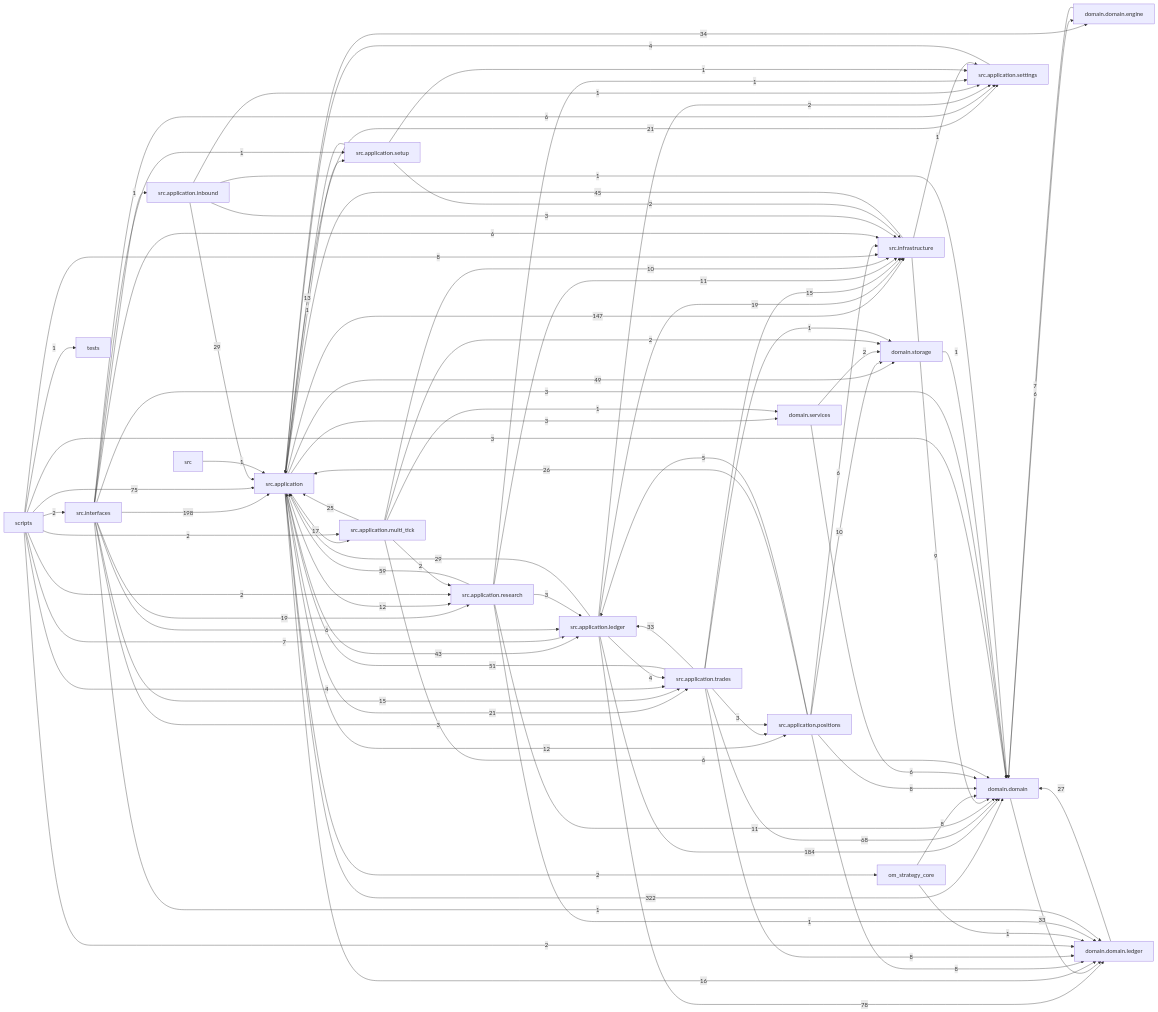
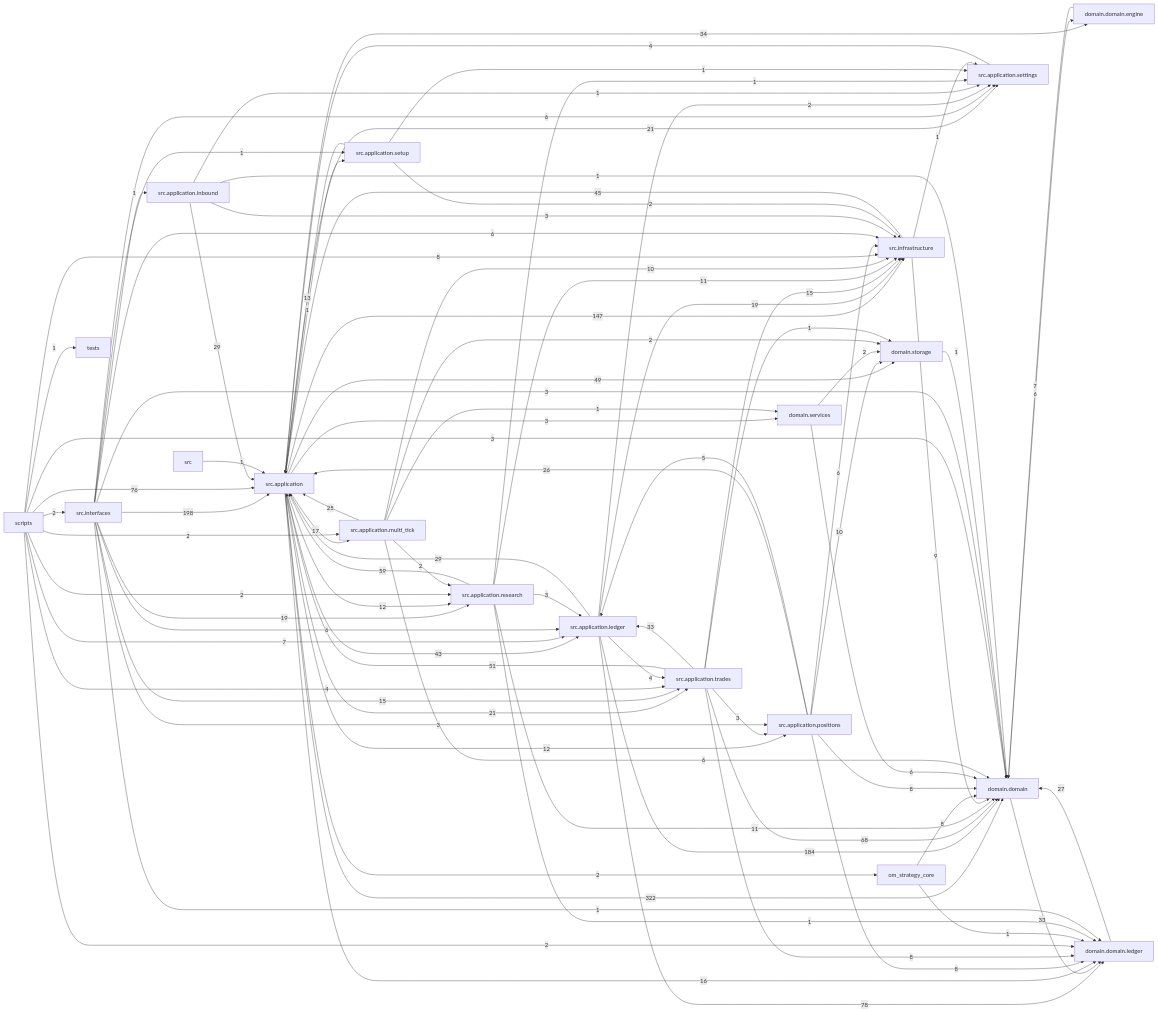
The diagram in docs/dependency_graph.mmd (liuxie066/options-monitor), drawn with Mermaid before and after one commit. The commit also changed 31 other files, not shown here.

```diff
--- a/docs/dependency_graph.mmd
+++ b/docs/dependency_graph.mmd
@@ -1,88 +1,88 @@
 flowchart LR
   src_application["src.application"] -->|322| domain_domain["domain.domain"]
   src_interfaces["src.interfaces"] -->|198| src_application["src.application"]
   src_application_ledger["src.application.ledger"] -->|184| domain_domain["domain.domain"]
   src_application["src.application"] -->|147| src_infrastructure["src.infrastructure"]
   src_application_ledger["src.application.ledger"] -->|78| domain_domain_ledger["domain.domain.ledger"]
-  scripts["scripts"] -->|75| src_application["src.application"]
+  scripts["scripts"] -->|76| src_application["src.application"]
   src_application_trades["src.application.trades"] -->|68| domain_domain["domain.domain"]
   src_application_research["src.application.research"] -->|59| src_application["src.application"]
   src_application_trades["src.application.trades"] -->|51| src_application["src.application"]
   src_application["src.application"] -->|49| domain_storage["domain.storage"]
   src_infrastructure["src.infrastructure"] -->|45| src_application["src.application"]
   src_application["src.application"] -->|43| src_application_ledger["src.application.ledger"]
   src_application["src.application"] -->|34| domain_domain_engine["domain.domain.engine"]
   domain_domain["domain.domain"] -->|33| domain_domain_ledger["domain.domain.ledger"]
   src_application_trades["src.application.trades"] -->|33| src_application_ledger["src.application.ledger"]
   src_application_inbound["src.application.inbound"] -->|29| src_application["src.application"]
   src_application_ledger["src.application.ledger"] -->|29| src_application["src.application"]
   domain_domain_ledger["domain.domain.ledger"] -->|27| domain_domain["domain.domain"]
   src_application_positions["src.application.positions"] -->|26| src_application["src.application"]
   src_application_multi_tick["src.application.multi_tick"] -->|25| src_application["src.application"]
   src_application["src.application"] -->|21| src_application_settings["src.application.settings"]
   src_application["src.application"] -->|21| src_application_trades["src.application.trades"]
   src_application_ledger["src.application.ledger"] -->|19| src_infrastructure["src.infrastructure"]
   src_interfaces["src.interfaces"] -->|19| src_application_research["src.application.research"]
   src_application["src.application"] -->|17| src_application_multi_tick["src.application.multi_tick"]
   src_application["src.application"] -->|16| domain_domain_ledger["domain.domain.ledger"]
   src_application_trades["src.application.trades"] -->|15| src_infrastructure["src.infrastructure"]
   src_interfaces["src.interfaces"] -->|15| src_application_trades["src.application.trades"]
   src_application_setup["src.application.setup"] -->|13| src_application["src.application"]
   src_application["src.application"] -->|12| src_application_positions["src.application.positions"]
   src_application["src.application"] -->|12| src_application_research["src.application.research"]
   src_application_research["src.application.research"] -->|11| domain_domain["domain.domain"]
   src_application_research["src.application.research"] -->|11| src_infrastructure["src.infrastructure"]
   src_application_multi_tick["src.application.multi_tick"] -->|10| src_infrastructure["src.infrastructure"]
   src_application_positions["src.application.positions"] -->|10| domain_storage["domain.storage"]
   src_infrastructure["src.infrastructure"] -->|9| domain_domain["domain.domain"]
   om_strategy_core["om_strategy_core"] -->|8| domain_domain["domain.domain"]
   scripts["scripts"] -->|8| src_infrastructure["src.infrastructure"]
   src_application_positions["src.application.positions"] -->|8| domain_domain["domain.domain"]
   src_application_positions["src.application.positions"] -->|8| domain_domain_ledger["domain.domain.ledger"]
   src_application_trades["src.application.trades"] -->|8| domain_domain_ledger["domain.domain.ledger"]
   domain_domain_engine["domain.domain.engine"] -->|7| domain_domain["domain.domain"]
   scripts["scripts"] -->|7| src_application_ledger["src.application.ledger"]
   domain_domain["domain.domain"] -->|6| domain_domain_engine["domain.domain.engine"]
   domain_services["domain.services"] -->|6| domain_domain["domain.domain"]
   src_application_multi_tick["src.application.multi_tick"] -->|6| domain_domain["domain.domain"]
   src_application_positions["src.application.positions"] -->|6| src_infrastructure["src.infrastructure"]
   src_interfaces["src.interfaces"] -->|6| src_application_ledger["src.application.ledger"]
   src_interfaces["src.interfaces"] -->|6| src_application_settings["src.application.settings"]
   src_interfaces["src.interfaces"] -->|6| src_infrastructure["src.infrastructure"]
   src_application_positions["src.application.positions"] -->|5| src_application_ledger["src.application.ledger"]
   scripts["scripts"] -->|4| src_application_trades["src.application.trades"]
   src_application_ledger["src.application.ledger"] -->|4| src_application_trades["src.application.trades"]
   src_application_settings["src.application.settings"] -->|4| src_application["src.application"]
   scripts["scripts"] -->|3| domain_domain["domain.domain"]
   src_application["src.application"] -->|3| domain_services["domain.services"]
   src_application_inbound["src.application.inbound"] -->|3| src_infrastructure["src.infrastructure"]
   src_application_research["src.application.research"] -->|3| src_application_ledger["src.application.ledger"]
   src_application_trades["src.application.trades"] -->|3| src_application_positions["src.application.positions"]
   src_interfaces["src.interfaces"] -->|3| domain_domain["domain.domain"]
   src_interfaces["src.interfaces"] -->|3| src_application_positions["src.application.positions"]
   domain_services["domain.services"] -->|2| domain_storage["domain.storage"]
   scripts["scripts"] -->|2| domain_domain_ledger["domain.domain.ledger"]
   scripts["scripts"] -->|2| src_application_multi_tick["src.application.multi_tick"]
   scripts["scripts"] -->|2| src_application_research["src.application.research"]
   scripts["scripts"] -->|2| src_interfaces["src.interfaces"]
   src_application["src.application"] -->|2| om_strategy_core["om_strategy_core"]
   src_application_ledger["src.application.ledger"] -->|2| src_application_settings["src.application.settings"]
   src_application_multi_tick["src.application.multi_tick"] -->|2| domain_storage["domain.storage"]
   src_application_multi_tick["src.application.multi_tick"] -->|2| src_application_research["src.application.research"]
   src_application_setup["src.application.setup"] -->|2| src_infrastructure["src.infrastructure"]
   domain_storage["domain.storage"] -->|1| domain_domain["domain.domain"]
   om_strategy_core["om_strategy_core"] -->|1| domain_domain_ledger["domain.domain.ledger"]
   scripts["scripts"] -->|1| tests["tests"]
   src["src"] -->|1| src_application["src.application"]
   src_application["src.application"] -->|1| src_application_setup["src.application.setup"]
   src_application_inbound["src.application.inbound"] -->|1| domain_domain["domain.domain"]
   src_application_inbound["src.application.inbound"] -->|1| src_application_settings["src.application.settings"]
   src_application_multi_tick["src.application.multi_tick"] -->|1| domain_services["domain.services"]
   src_application_research["src.application.research"] -->|1| domain_domain_ledger["domain.domain.ledger"]
   src_application_research["src.application.research"] -->|1| src_application_settings["src.application.settings"]
   src_application_setup["src.application.setup"] -->|1| src_application_settings["src.application.settings"]
   src_application_trades["src.application.trades"] -->|1| domain_storage["domain.storage"]
   src_infrastructure["src.infrastructure"] -->|1| src_application_settings["src.application.settings"]
   src_interfaces["src.interfaces"] -->|1| domain_domain_ledger["domain.domain.ledger"]
   src_interfaces["src.interfaces"] -->|1| src_application_inbound["src.application.inbound"]
   src_interfaces["src.interfaces"] -->|1| src_application_setup["src.application.setup"]
```
